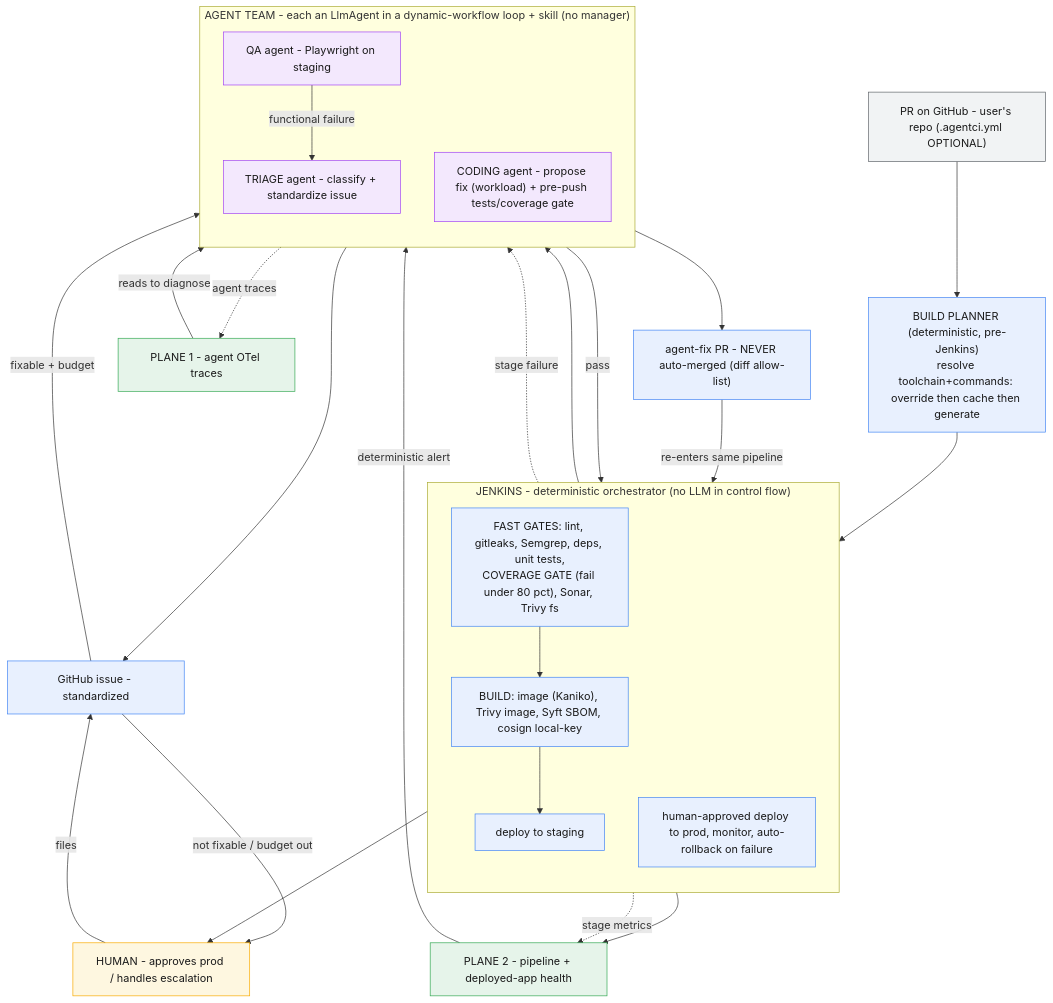
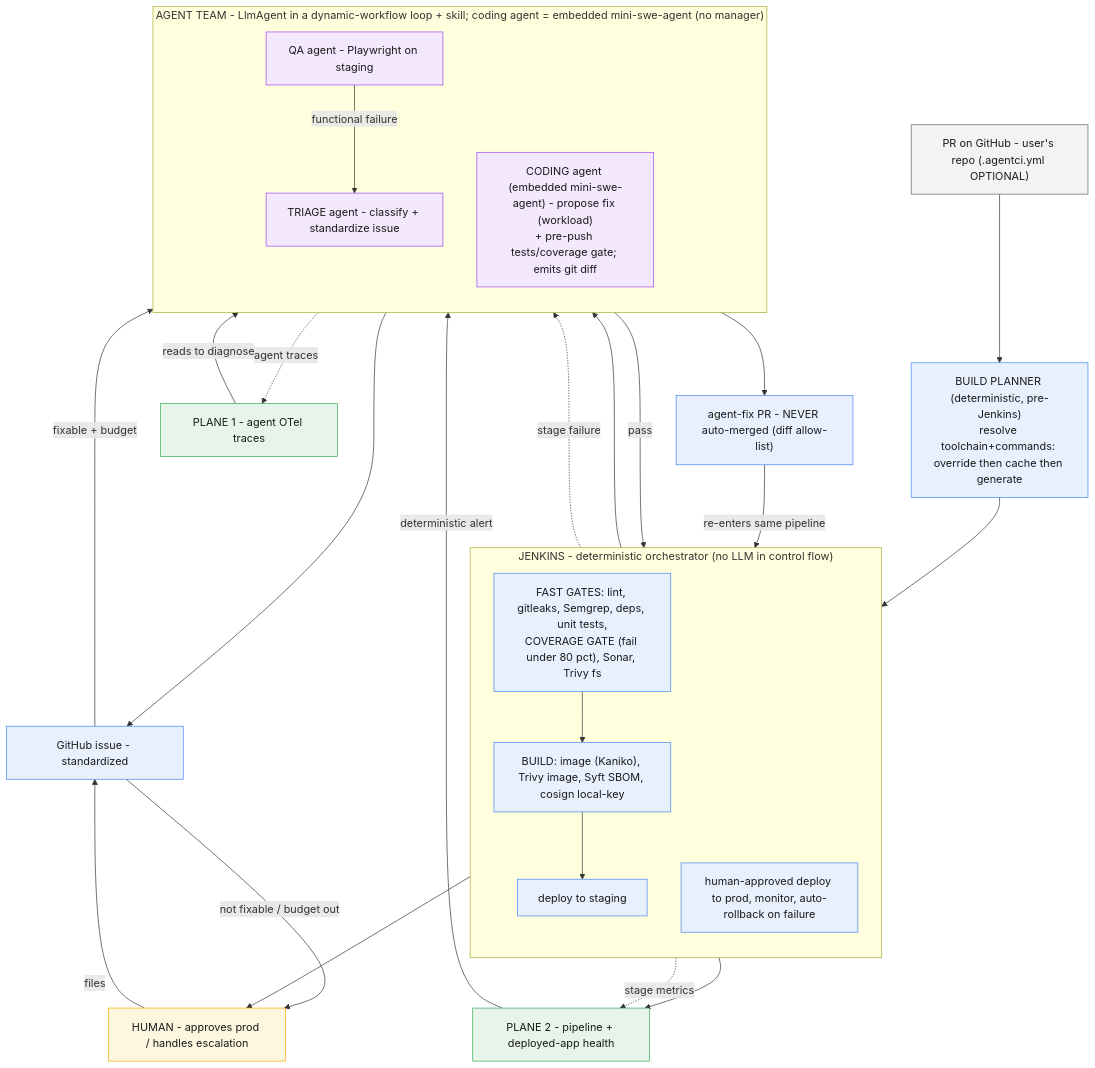
Before and after one commit to khiemhuynh95/pitcrew-ci: the second of 7 diagrams in ARCHITECTURE_DIAGRAMS.md, drawn with Mermaid. The commit also changed other lines of this file and 3 other files, not shown here.

First line of the commit message:
Adopt embedded mini-swe-agent for the coding agent's inner loop

````diff
--- a/ARCHITECTURE_DIAGRAMS.md
+++ b/ARCHITECTURE_DIAGRAMS.md
@@ -101,51 +103,51 @@
 ```mermaid
 flowchart TB
     PR["PR on GitHub - user's repo (.agentci.yml OPTIONAL)"]:::ext
     HUMAN["HUMAN - approves prod / handles escalation"]:::human
     PLAN["BUILD PLANNER (deterministic, pre-Jenkins)<br/>resolve toolchain+commands: override then cache then generate"]:::pipe
 
     subgraph JEN["JENKINS - deterministic orchestrator (no LLM in control flow)"]
       direction TB
       FAST["FAST GATES: lint, gitleaks, Semgrep, deps, unit tests,<br/>COVERAGE GATE (fail under 80 pct), Sonar, Trivy fs"]:::pipe
       BUILD["BUILD: image (Kaniko), Trivy image, Syft SBOM, cosign local-key"]:::pipe
       STAGE["deploy to staging"]:::pipe
       PROD["human-approved deploy to prod, monitor, auto-rollback on failure"]:::pipe
       FAST --> BUILD --> STAGE
     end
 
-    subgraph AGENTS["AGENT TEAM - each an LlmAgent in a dynamic-workflow loop + skill (no manager)"]
+    subgraph AGENTS["AGENT TEAM - LlmAgent in a dynamic-workflow loop + skill; coding agent = embedded mini-swe-agent (no manager)"]
       direction TB
       QA["QA agent - Playwright on staging"]:::agent
       TRIAGE["TRIAGE agent - classify + standardize issue"]:::agent
-      CODER["CODING agent - propose fix (workload) + pre-push tests/coverage gate"]:::agent
+      CODER["CODING agent (embedded mini-swe-agent) - propose fix (workload)<br/>+ pre-push tests/coverage gate; emits git diff"]:::agent
     end
 
     P1["PLANE 1 - agent OTel traces"]:::opt
     P2["PLANE 2 - pipeline + deployed-app health"]:::opt
     ISSUE["GitHub issue - standardized"]:::pipe
     FIXPR["agent-fix PR - NEVER auto-merged (diff allow-list)"]:::pipe
 
     PR --> PLAN --> FAST
     STAGE --> QA
     QA -->|pass| PROD
     QA -->|functional failure| TRIAGE
     BUILD -.stage failure.-> TRIAGE
     PROD --> P2
     JEN -.stage metrics.-> P2
     AGENTS -.agent traces.-> P1
     P2 -->|deterministic alert| TRIAGE
     P1 -->|reads to diagnose| TRIAGE
     HUMAN -->|files| ISSUE
     TRIAGE --> ISSUE
     ISSUE -->|fixable + budget| CODER
     ISSUE -->|not fixable / budget out| HUMAN
     CODER --> FIXPR
     FIXPR -->|re-enters same pipeline| FAST
     PROD --> HUMAN
 
     classDef pipe fill:#e8f0fe,stroke:#4285f4,color:#1a1a1a
     classDef agent fill:#f3e8fd,stroke:#a142f4,color:#1a1a1a
     classDef human fill:#fef7e0,stroke:#f9ab00,color:#1a1a1a
     classDef opt fill:#e6f4ea,stroke:#34a853,color:#1a1a1a
     classDef ext fill:#f1f3f4,stroke:#5f6368,color:#1a1a1a
 ```
````
